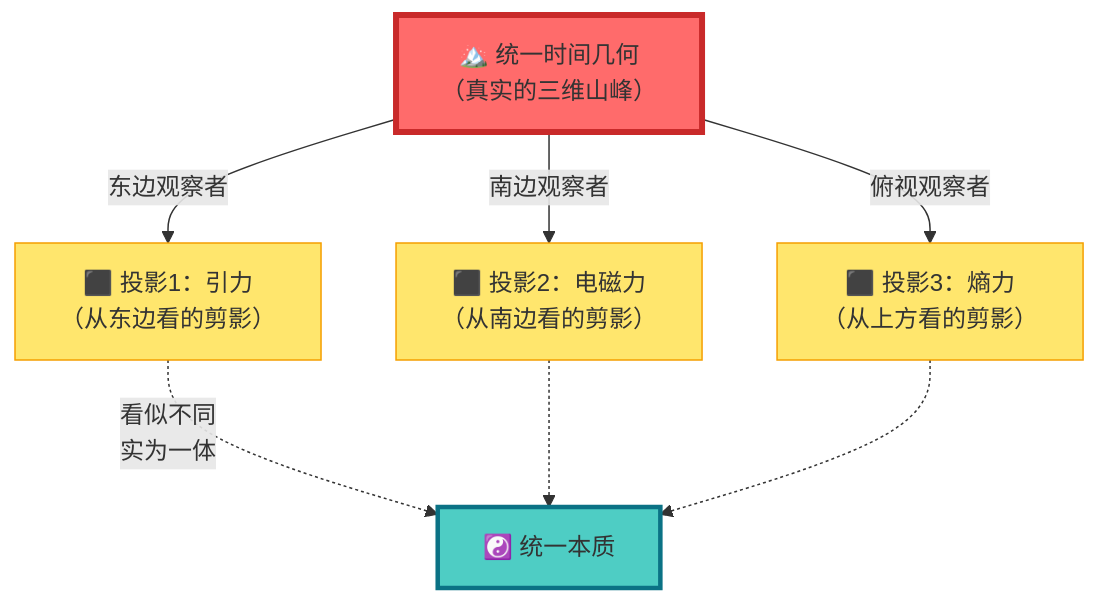
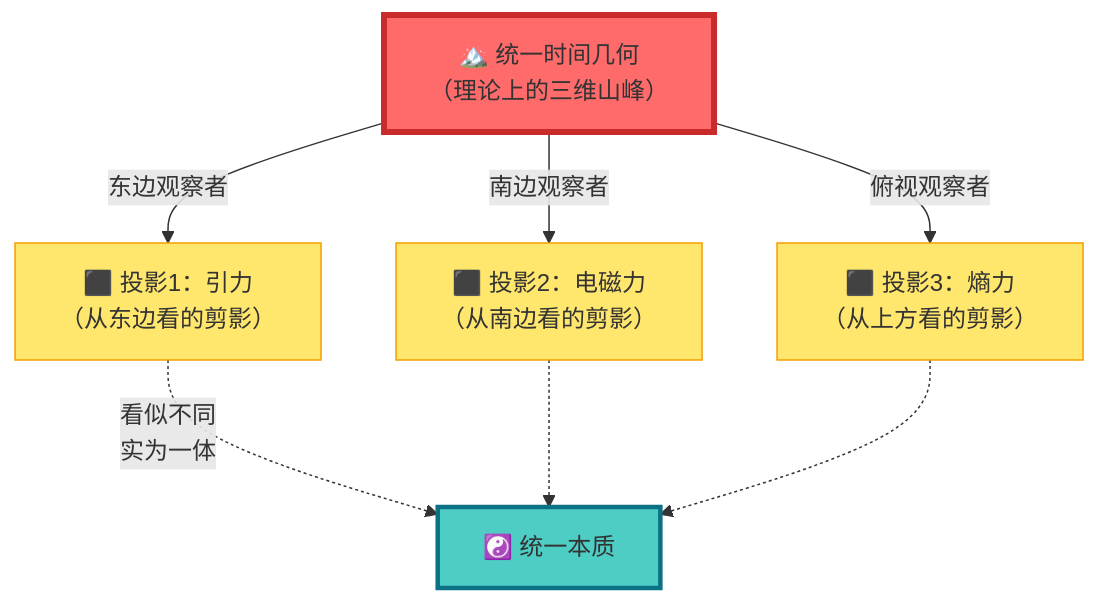
Before and after one commit to loning/zeckendorf-hilbert: the first of 14 diagrams in docs/euler-article/gls-union/05-unified-time/09-time-geometry-interaction.md, drawn with Mermaid. The commit also changed other lines of this file and 111 other files, not shown here.

````diff
--- a/docs/euler-article/gls-union/05-unified-time/09-time-geometry-interaction.md
+++ b/docs/euler-article/gls-union/05-unified-time/09-time-geometry-interaction.md
@@ -21,22 +21,22 @@
 ```mermaid
 graph TB
-    Mountain["🏔️ 统一时间几何<br/>（真实的三维山峰）"]
+    Mountain["🏔️ 统一时间几何<br/>（理论上的三维山峰）"]
 
     Shadow1["⬛ 投影1：引力<br/>（从东边看的剪影）"]
     Shadow2["⬛ 投影2：电磁力<br/>（从南边看的剪影）"]
     Shadow3["⬛ 投影3：熵力<br/>（从上方看的剪影）"]
 
     Mountain -->|东边观察者| Shadow1
     Mountain -->|南边观察者| Shadow2
     Mountain -->|俯视观察者| Shadow3
 
     Shadow1 -.->|"看似不同<br/>实为一体"| Unity["☯️ 统一本质"]
     Shadow2 -.-> Unity
     Shadow3 -.-> Unity
 
     style Mountain fill:#ff6b6b,stroke:#c92a2a,stroke-width:4px
     style Unity fill:#4ecdc4,stroke:#0b7285,stroke-width:3px
     style Shadow1 fill:#ffe66d,stroke:#f59f00
     style Shadow2 fill:#ffe66d,stroke:#f59f00
     style Shadow3 fill:#ffe66d,stroke:#f59f00
 ```
````
